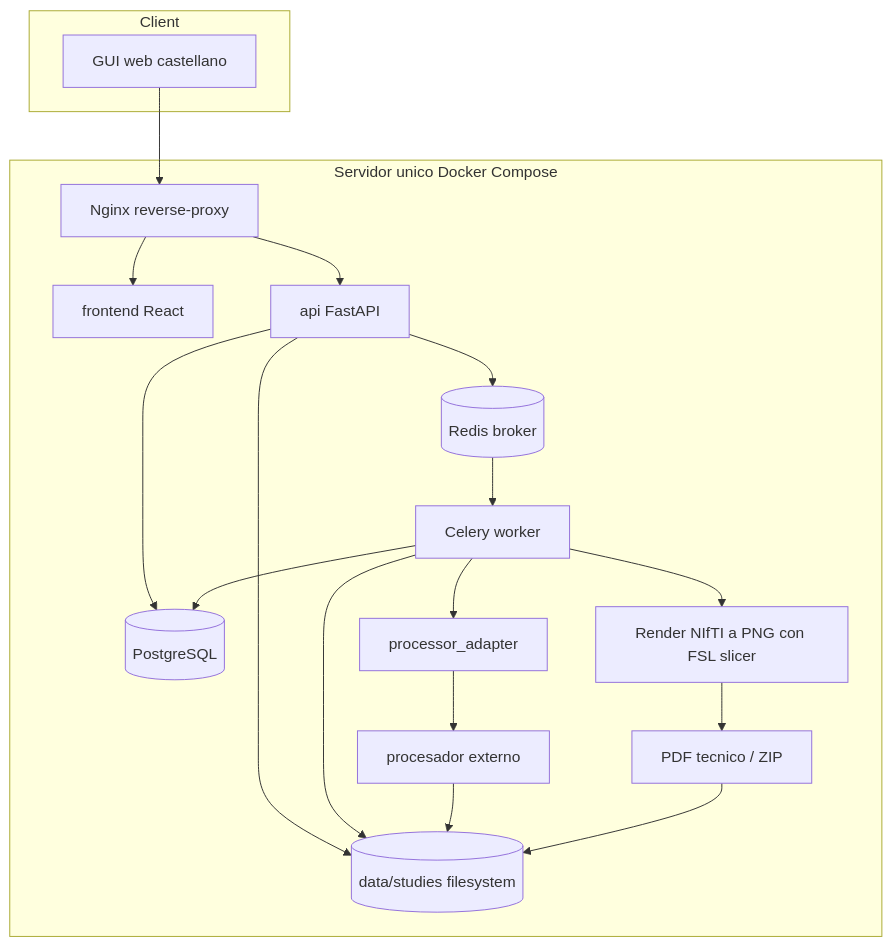
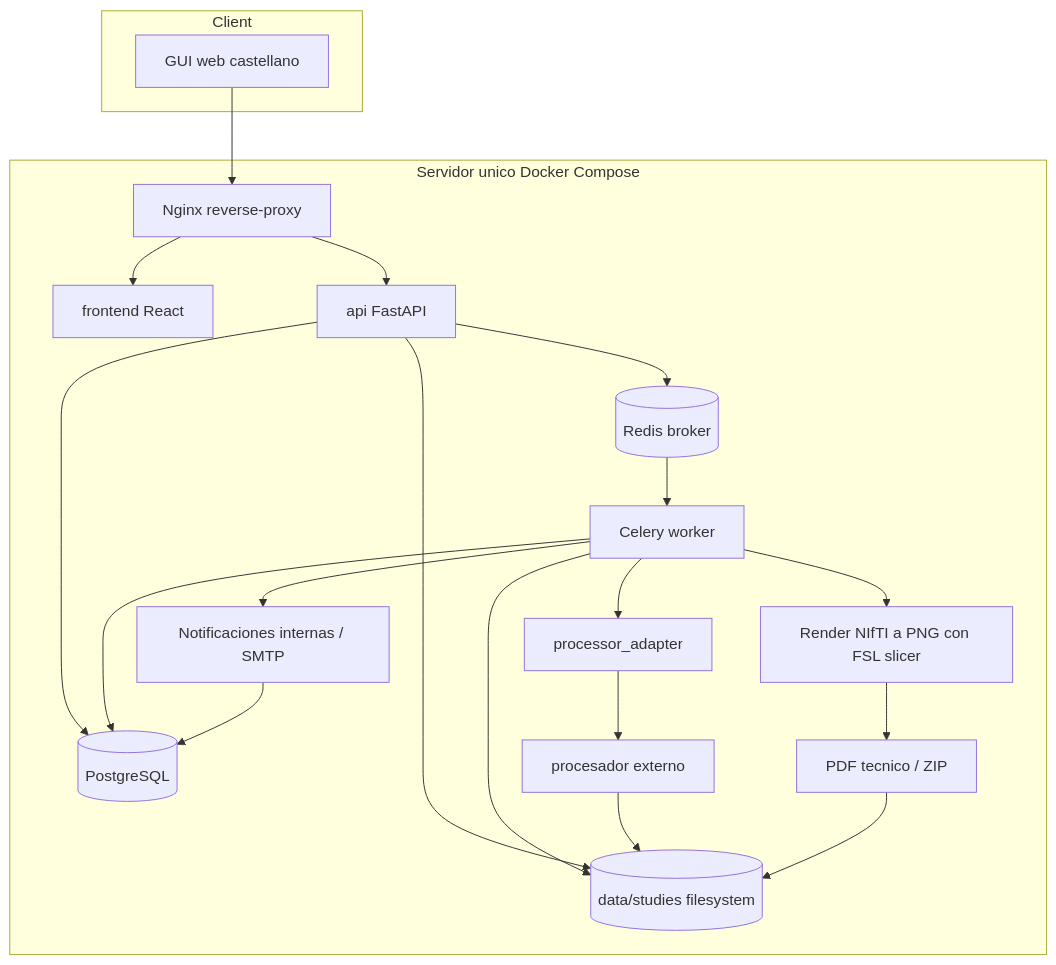
One commit to suhartx/neuroimagen-server-biocruces changed the first of 4 diagrams in docs/architecture.md. Above: the diagram before and after it, drawn with Mermaid. The commit also changed other lines of this file and 30 other files, not shown here.

````diff
--- a/docs/architecture.md
+++ b/docs/architecture.md
@@ -5,34 +5,37 @@
 ```mermaid
 flowchart TB
   subgraph Client
     Browser[GUI web castellano]
   end
   subgraph DockerHost[Servidor unico Docker Compose]
     Proxy[Nginx reverse-proxy]
     Frontend[frontend React]
     API[api FastAPI]
     DB[(PostgreSQL)]
     Redis[(Redis broker)]
     Worker[Celery worker]
     Adapter[processor_adapter]
     Script[procesador externo]
     Render[Render NIfTI a PNG con FSL slicer]
     Artifacts[PDF tecnico / ZIP]
+    Notify[Notificaciones internas / SMTP]
     Storage[(data/studies filesystem)]
   end
   Browser --> Proxy
   Proxy --> Frontend
   Proxy --> API
   API --> DB
   API --> Storage
   API --> Redis
   Redis --> Worker
   Worker --> DB
   Worker --> Storage
   Worker --> Adapter
   Adapter --> Script
   Script --> Storage
   Worker --> Render
   Render --> Artifacts
   Artifacts --> Storage
+  Worker --> Notify
+  Notify --> DB
 ```
````
